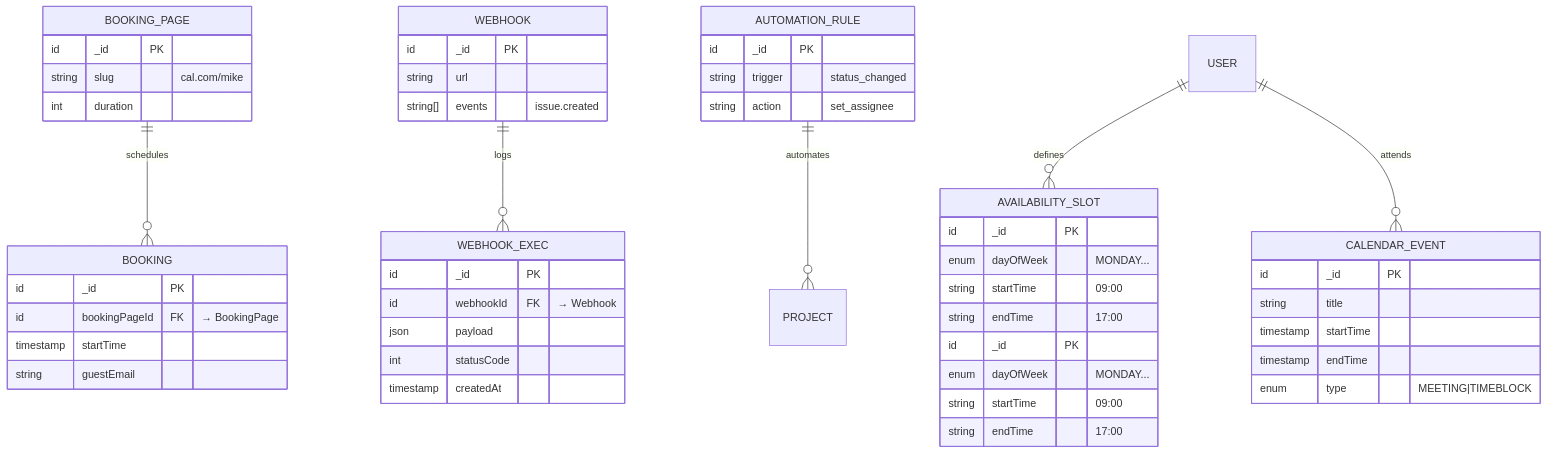
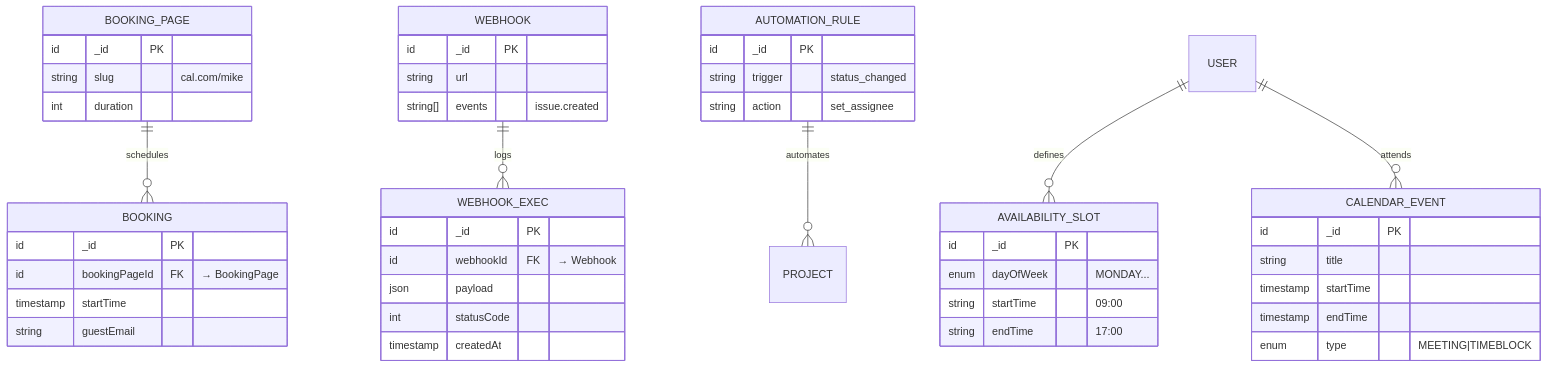
The eighth of 10 diagrams in docs/architecture/data-model.md (mikestepanov/cascade), drawn with Mermaid before and after one commit. The commit also changed other lines of this file and 14 other files, not shown here.

First line of the commit message:
chore: address PR feedback for architecture docs and code quality

````diff
--- a/docs/architecture/data-model.md
+++ b/docs/architecture/data-model.md
@@ -284,62 +279,57 @@
 ```mermaid
 erDiagram
     BOOKING_PAGE ||--o{ BOOKING : "schedules"
     WEBHOOK ||--o{ WEBHOOK_EXEC : "logs"
     AUTOMATION_RULE ||--o{ PROJECT : "automates"
     USER ||--o{ AVAILABILITY_SLOT : "defines"
     USER ||--o{ CALENDAR_EVENT : "attends"
 
     BOOKING_PAGE {
         id _id PK
         string slug "cal.com/mike"
         int duration
     }
 
     WEBHOOK {
         id _id PK
         string url
         string[] events "issue.created"
     }
 
     AUTOMATION_RULE {
         id _id PK
         string trigger "status_changed"
         string action "set_assignee"
     }
 
     CALENDAR_EVENT {
         id _id PK
         string title
         timestamp startTime
         timestamp endTime
         enum type "MEETING|TIMEBLOCK"
     }
 
     AVAILABILITY_SLOT {
         id _id PK
         enum dayOfWeek "MONDAY..."
         string startTime "09:00"
         string endTime "17:00"
     }
-    AVAILABILITY_SLOT {
-        id _id PK
-        enum dayOfWeek "MONDAY..."
-        string startTime "09:00"
-        string endTime "17:00"
-    }
+
 
     BOOKING {
         id _id PK
         id bookingPageId FK "→ BookingPage"
         timestamp startTime
         string guestEmail
     }
 
     WEBHOOK_EXEC {
         id _id PK
         id webhookId FK "→ Webhook"
         json payload
         int statusCode
         timestamp createdAt
     }
 ```
````
